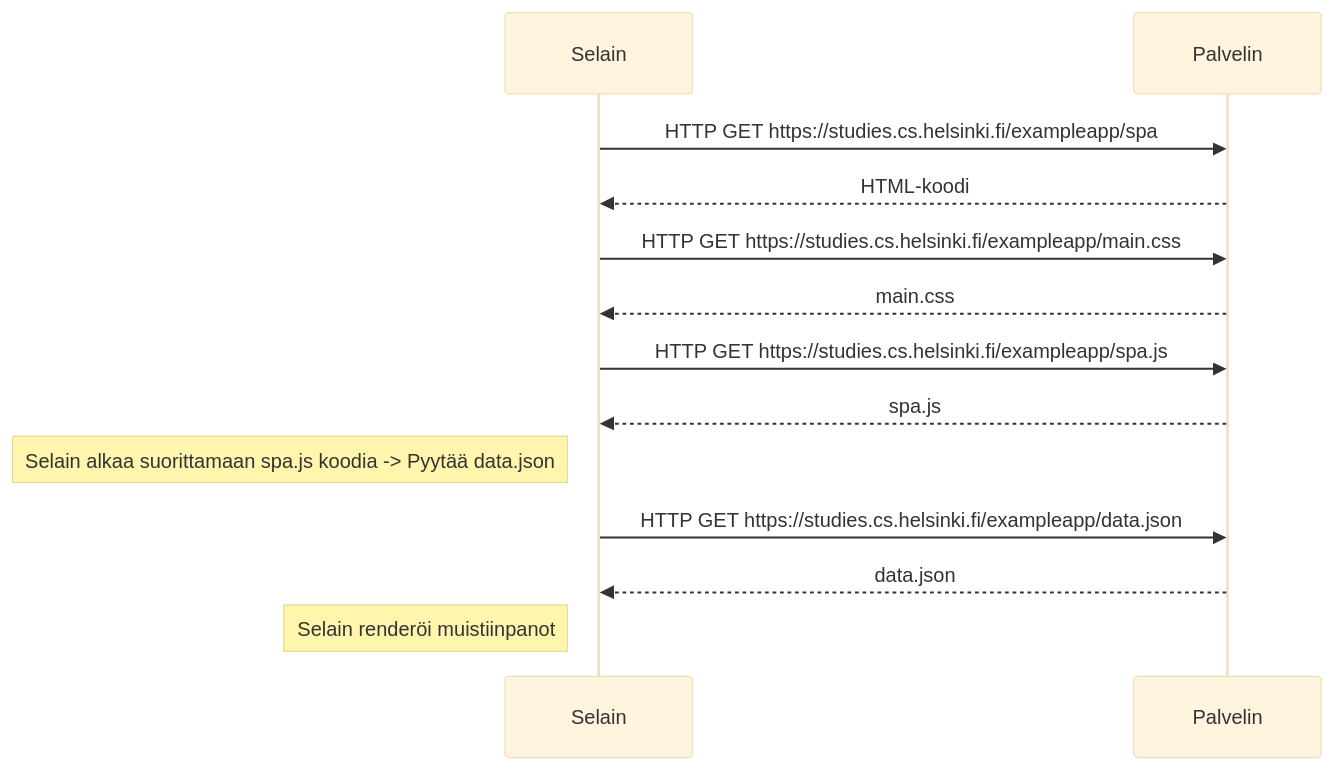
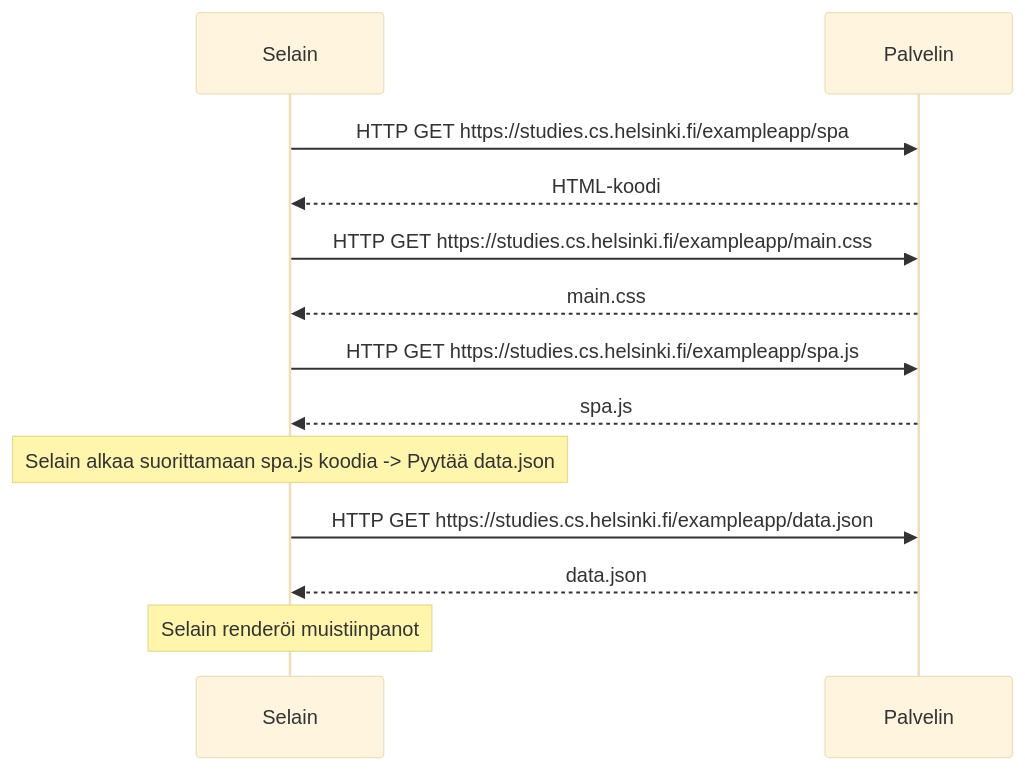
Before and after one commit to JuusoKil/osa0: the diagram in 05_Single_Page_App.md, drawn with Mermaid (base theme).

````diff
--- a/05_Single_Page_App.md
+++ b/05_Single_Page_App.md
@@ -1,26 +1,26 @@
 ```mermaid
 sequenceDiagram
     participant Selain
     participant Palvelin
 
 Selain->>Palvelin: HTTP GET https://studies.cs.helsinki.fi/exampleapp/spa;
 
 Palvelin-->>Selain: HTML-koodi;
 
 Selain->>Palvelin: HTTP GET https://studies.cs.helsinki.fi/exampleapp/main.css;
 
 Palvelin-->>Selain: main.css;
 
 Selain->>Palvelin: HTTP GET https://studies.cs.helsinki.fi/exampleapp/spa.js;
 
 Palvelin-->>Selain: spa.js;
 
-Note left of Selain: Selain alkaa suorittamaan spa.js koodia -> Pyytää data.json;
+Note over Selain: Selain alkaa suorittamaan spa.js koodia -> Pyytää data.json;
 
 Selain->>Palvelin: HTTP GET https://studies.cs.helsinki.fi/exampleapp/data.json;
 
 Palvelin-->>Selain: data.json;
 
-Note left of Selain:Selain renderöi muistiinpanot
+Note over Selain:Selain renderöi muistiinpanot
 
 ```
````
